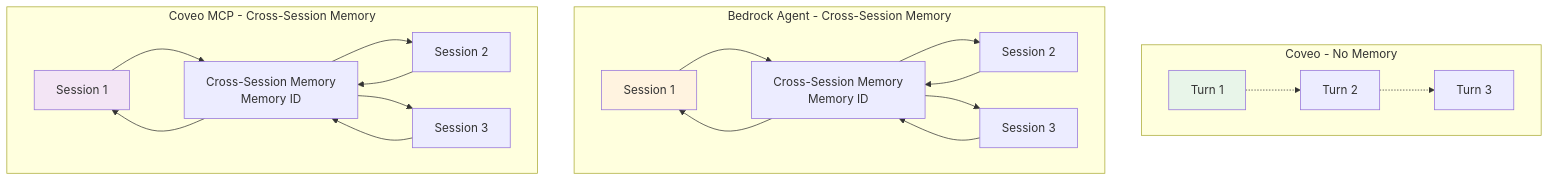
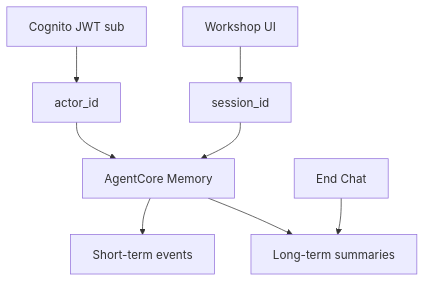
The fifth of 5 diagrams in mkdocs-workshop/docs/resources/diagrams.md (kpullagu/aws-coveo-workshop-stackset), drawn with Mermaid before and after one commit. The commit also changed other lines of this file and 98 other files, not shown here.

First line of the commit message:
Workshop refresh: AgentCore + Hosted MCP chatbot, native Coveo Search Agent UI, and updated docs

````diff
--- a/mkdocs-workshop/docs/resources/diagrams.md
+++ b/mkdocs-workshop/docs/resources/diagrams.md
@@ -94,29 +89,10 @@
 ```mermaid
 graph TB
-    subgraph "Coveo - No Memory"
-        C1[Turn 1] -.-> C2[Turn 2]
-        C2 -.-> C3[Turn 3]
-    end
-    
-    subgraph "Bedrock Agent - Cross-Session Memory"
-        B1[Session 1] --> BM[Cross-Session Memory<br/>Memory ID]
-        B2[Session 2] --> BM
-        B3[Session 3] --> BM
-        BM --> B1
-        BM --> B2
-        BM --> B3
-    end
-    
-    subgraph "Coveo MCP - Cross-Session Memory"
-        M1[Session 1] --> CM[Cross-Session Memory<br/>Memory ID]
-        M2[Session 2] --> CM
-        M3[Session 3] --> CM
-        CM --> M1
-        CM --> M2
-        CM --> M3
-    end
-    
-    style C1 fill:#e8f5e9
-    style B1 fill:#fff3e0
-    style M1 fill:#f3e5f5
+    JWT[Cognito JWT sub] --> Actor[actor_id]
+    UI[Workshop UI] --> Session[session_id]
+    Actor --> Memory[AgentCore Memory]
+    Session --> Memory
+    Memory --> ShortTerm[Short-term events]
+    Memory --> LongTerm[Long-term summaries]
+    End[End Chat] --> LongTerm
 ```
````
